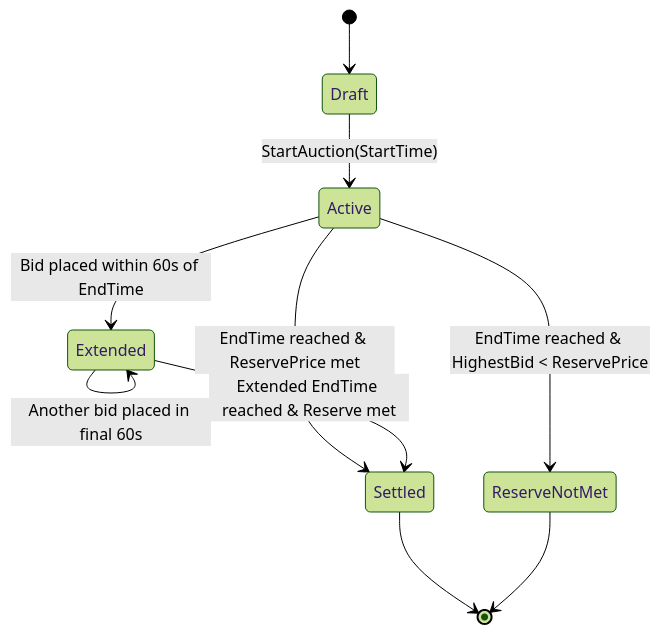
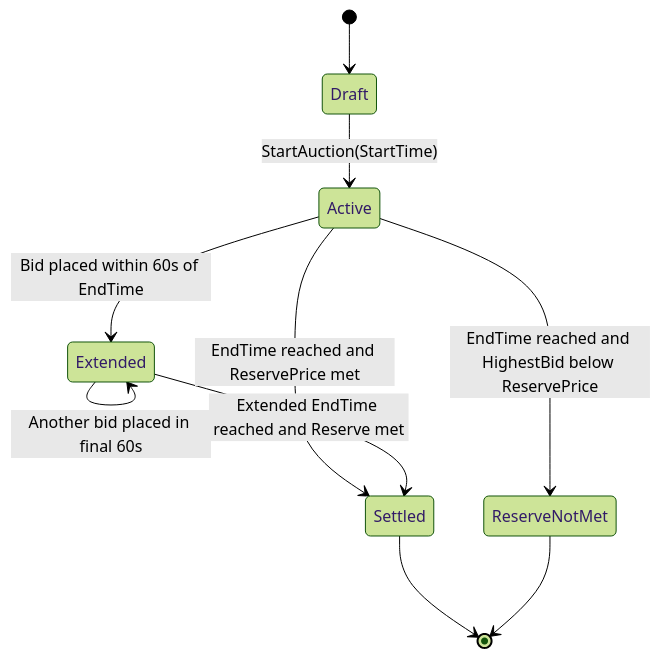
Before and after one commit to dip4k/DSA_102: the second of 2 diagrams in LLD/04_Tier4_Senior_Backend/36_Online_Auction_System.md, drawn with Mermaid (forest theme). The commit also changed other lines of this file and 191 other files, not shown here.

````diff
--- a/LLD/04_Tier4_Senior_Backend/36_Online_Auction_System.md
+++ b/LLD/04_Tier4_Senior_Backend/36_Online_Auction_System.md
@@ -27,12 +27,12 @@
 ```mermaid
 stateDiagram-v2
     [*] --> Draft
     Draft --> Active: StartAuction(StartTime)
     Active --> Extended: Bid placed within 60s of EndTime
     Extended --> Extended: Another bid placed in final 60s
-    Active --> Settled: EndTime reached & ReservePrice met
-    Extended --> Settled: Extended EndTime reached & Reserve met
-    Active --> ReserveNotMet: EndTime reached & HighestBid < ReservePrice
+    Active --> Settled: EndTime reached and ReservePrice met
+    Extended --> Settled: Extended EndTime reached and Reserve met
+    Active --> ReserveNotMet: EndTime reached and HighestBid below ReservePrice
     Settled --> [*]
     ReserveNotMet --> [*]
 ```
````
